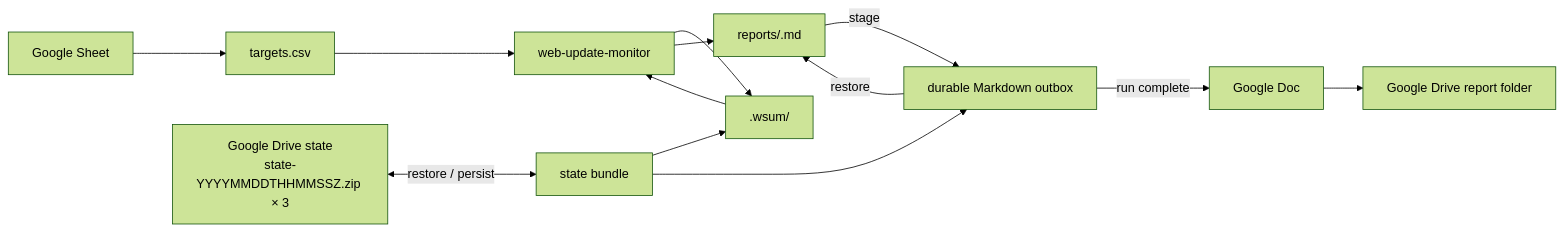
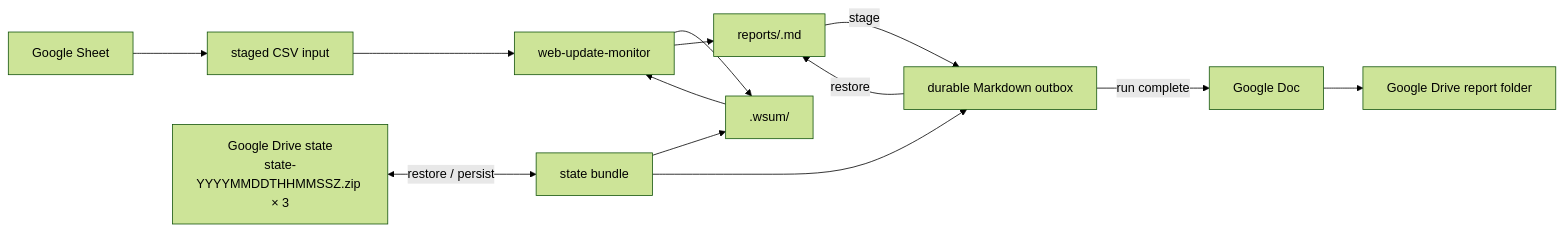
Before and after one commit to dceoy/wsum: the first of 2 diagrams in README.md, drawn with Mermaid (forest theme). The commit also changed other lines of this file, not shown here.

Commit message:
Update README for explicit target input

````diff
--- a/README.md
+++ b/README.md
@@ -23,15 +23,15 @@
 ```mermaid
 flowchart LR
-    GS["Google Sheet"] --> CSV["targets.csv"]
+    GS["Google Sheet"] --> CSV["staged CSV input"]
     DS["Google Drive state<br/>state-YYYYMMDDTHHMMSSZ.zip × 3"] <-->|restore / persist| BUNDLE["state bundle"]
     BUNDLE --> STATE[".wsum/"]
     BUNDLE --> OUT["durable Markdown outbox"]
     CSV --> CORE["web-update-monitor"]
     STATE --> CORE
     CORE --> STATE
     CORE --> REPORT["reports/<run-id>.md"]
     OUT -->|restore| REPORT
     REPORT -->|stage| OUT
     OUT -->|run complete| GDOC["Google Doc"]
     GDOC --> DR["Google Drive report folder"]
 ```
````
